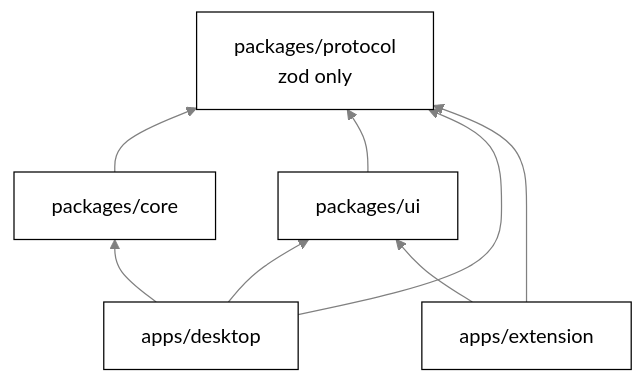
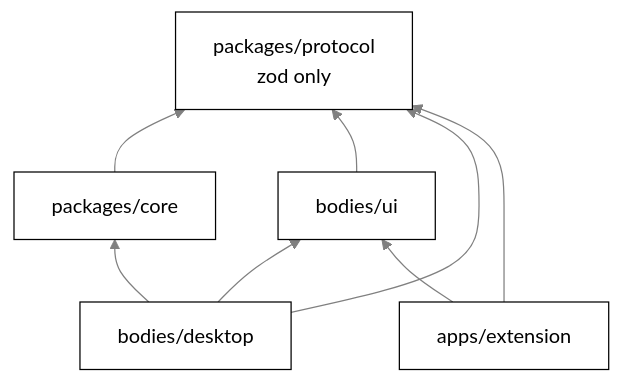
Before and after one commit to nadeem4/tagalong: the second of 4 diagrams in docs/architecture.md, drawn with Mermaid. The commit also changed other lines of this file and 413 other files, not shown here.

First line of the commit message:
refactor(desktop): move desktop and ui under bodies/ (5a) (#170)

````diff
--- a/docs/architecture.md
+++ b/docs/architecture.md
@@ -84,16 +84,16 @@
 ```mermaid
 %%{init: {"theme": "base", "themeVariables": {"primaryColor": "#ffffff", "primaryTextColor": "#000000", "primaryBorderColor": "#000000", "lineColor": "#808080", "secondaryColor": "#f2f2f2", "tertiaryColor": "#ffffff", "clusterBkg": "#f7f7f7", "clusterBorder": "#808080", "edgeLabelBackground": "#ffffff", "titleColor": "#808080", "fontFamily": "Segoe UI, Helvetica, Arial, sans-serif"}}}%%
 flowchart BT
   P["packages/protocol<br>zod only"]
   C["packages/core"]
-  U["packages/ui"]
-  D["apps/desktop"]
+  U["bodies/ui"]
+  D["bodies/desktop"]
   X["apps/extension"]
   C --> P
   U --> P
   D --> P
   D --> C
   D --> U
   X --> P
   X --> U
 ```
````
